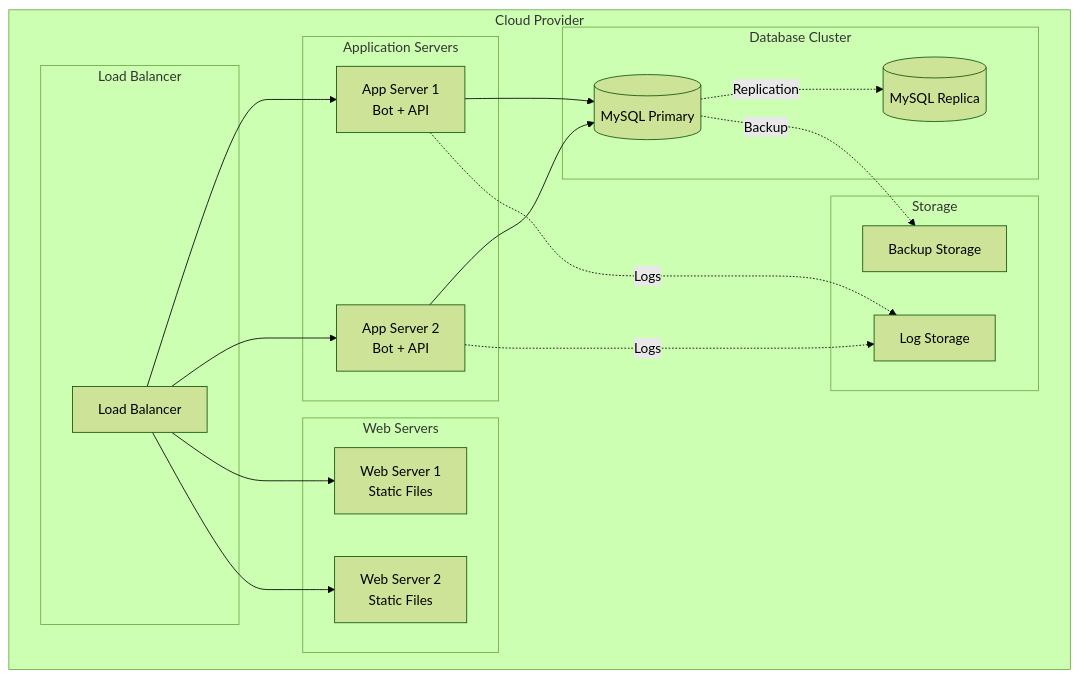
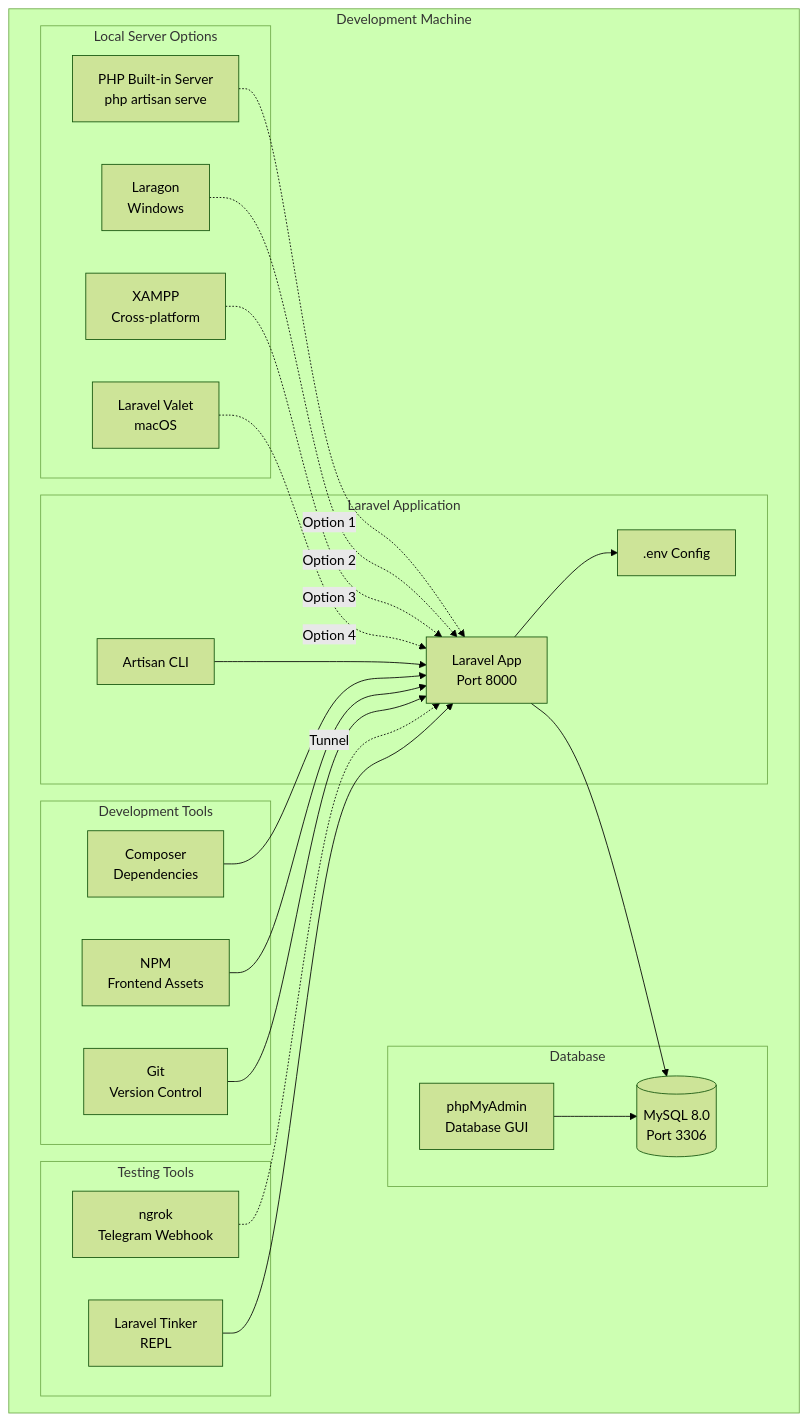
One commit to yadiabdillah/money_tracker changed the sixth of 12 diagrams in architecture_diagram.md. Above: the diagram before and after it, drawn with Mermaid (forest theme). The commit also changed other lines of this file and 3 other files, not shown here.

Commit message:
change stack to php laravel

````diff
--- a/architecture_diagram.md
+++ b/architecture_diagram.md
@@ -211,41 +232,50 @@
 ```mermaid
 graph TB
-    subgraph Cloud Provider
-        subgraph Load Balancer
-            LB[Load Balancer]
+    subgraph Development Machine
+        subgraph Laravel Application
+            APP[Laravel App<br/>Port 8000]
+            ENV[.env Config]
+            ARTISAN[Artisan CLI]
         end
         
-        subgraph Application Servers
-            APP1[App Server 1<br/>Bot + API]
-            APP2[App Server 2<br/>Bot + API]
+        subgraph Local Server Options
+            BUILT[PHP Built-in Server<br/>php artisan serve]
+            LARA[Laragon<br/>Windows]
+            XAMPP[XAMPP<br/>Cross-platform]
+            VALET[Laravel Valet<br/>macOS]
         end
         
-        subgraph Web Servers
-            WEB1[Web Server 1<br/>Static Files]
-            WEB2[Web Server 2<br/>Static Files]
+        subgraph Database
+            MYSQL[(MySQL 8.0<br/>Port 3306)]
+            ADMIN[phpMyAdmin<br/>Database GUI]
         end
         
-        subgraph Database Cluster
-            DBMASTER[(MySQL Primary)]
-            DBREPLICA[(MySQL Replica)]
+        subgraph Development Tools
+            COMPOSER[Composer<br/>Dependencies]
+            NPM[NPM<br/>Frontend Assets]
+            GIT[Git<br/>Version Control]
         end
         
-        subgraph Storage
-            BACKUP[Backup Storage]
-            LOGS[Log Storage]
+        subgraph Testing Tools
+            NGROK[ngrok<br/>Telegram Webhook]
+            TINKER[Laravel Tinker<br/>REPL]
         end
     end
     
-    LB --> APP1
-    LB --> APP2
-    LB --> WEB1
-    LB --> WEB2
+    BUILT -.->|Option 1| APP
+    LARA -.->|Option 2| APP
+    XAMPP -.->|Option 3| APP
+    VALET -.->|Option 4| APP
     
-    APP1 --> DBMASTER
-    APP2 --> DBMASTER
-    DBMASTER -.->|Replication| DBREPLICA
+    APP --> MYSQL
+    APP --> ENV
+    ARTISAN --> APP
     
-    APP1 -.->|Logs| LOGS
-    APP2 -.->|Logs| LOGS
-    DBMASTER -.->|Backup| BACKUP
+    COMPOSER --> APP
+    NPM --> APP
+    GIT --> APP
+    
+    NGROK -.->|Tunnel| APP
+    TINKER --> APP
+    ADMIN --> MYSQL
 ```
````
